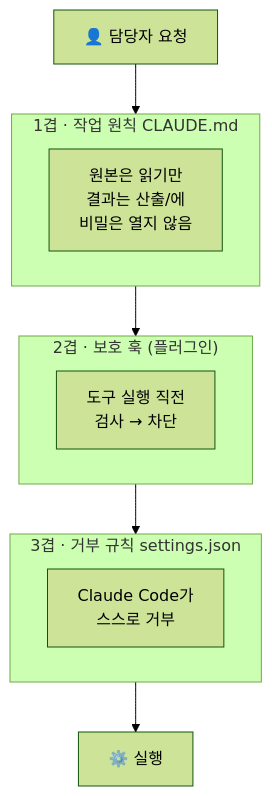
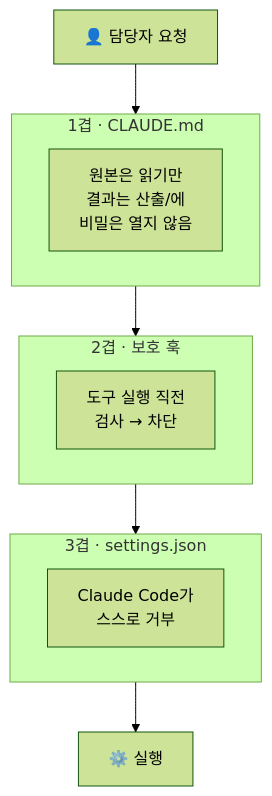
Before and after one commit to changgi/archive-bm-tools: the diagram in docs/safety.md, drawn with Mermaid (forest theme).

Commit message:
docs: 안전장치 도식 제목 줄임
Claude-Session: https://claude.ai/code/session_012tApfmFrmZa2cH7fpfTFnW

````diff
--- a/docs/safety.md
+++ b/docs/safety.md
@@ -11,16 +11,16 @@
 ```mermaid
 flowchart TB
     R["👤 담당자 요청"] --> L1
-    subgraph L1["1겹 · 작업 원칙 CLAUDE.md"]
+    subgraph L1["1겹 · CLAUDE.md"]
         A["원본은 읽기만<br/>결과는 산출/에<br/>비밀은 열지 않음"]
     end
     L1 --> L2
-    subgraph L2["2겹 · 보호 훅 (플러그인)"]
+    subgraph L2["2겹 · 보호 훅"]
         B["도구 실행 직전<br/>검사 → 차단"]
     end
     L2 --> L3
-    subgraph L3["3겹 · 거부 규칙 settings.json"]
+    subgraph L3["3겹 · settings.json"]
         C["Claude Code가<br/>스스로 거부"]
     end
     L3 --> OK["⚙️ 실행"]
 ```
````
